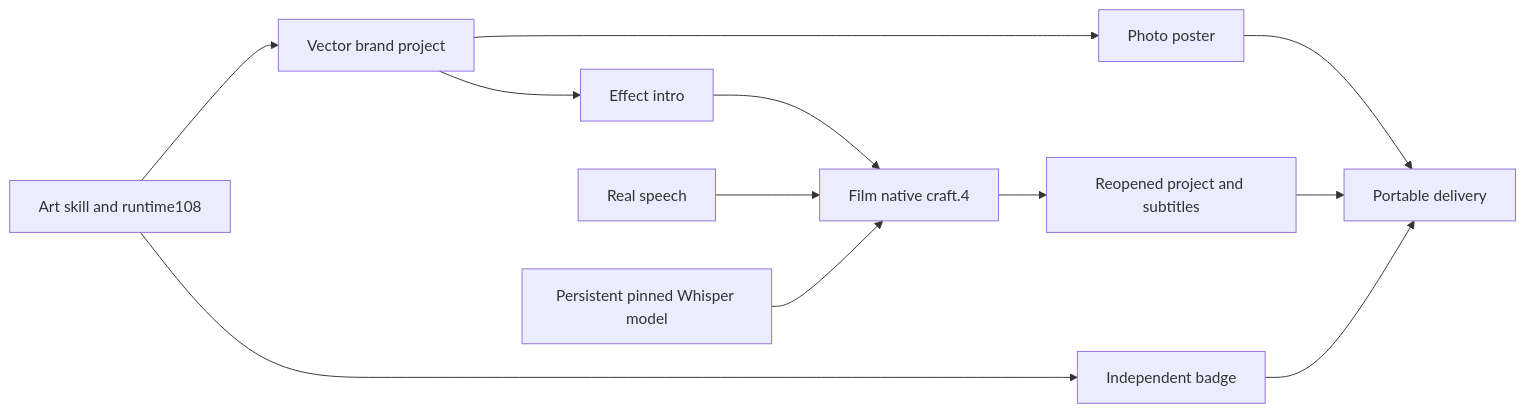
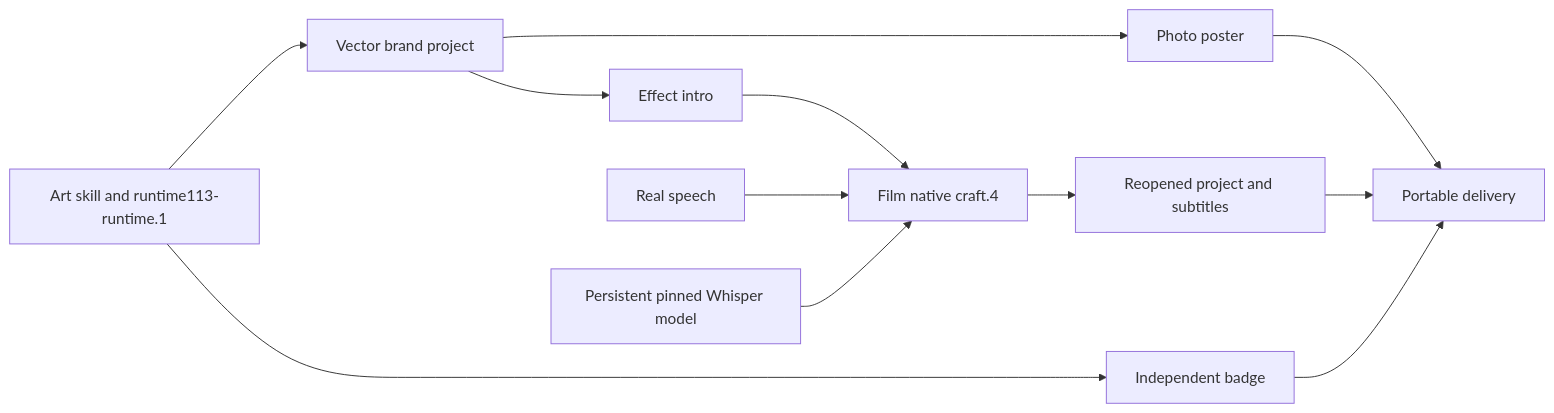
Before and after one commit to full-aigc-plugins/artcraft-plugin: the diagram in skills/artcraft-cli-assets/references/mixed-asr.md, drawn with Mermaid. The commit also changed other lines of this file and 48 other files, not shown here.

````diff
--- a/skills/artcraft-cli-assets/references/mixed-asr.md
+++ b/skills/artcraft-cli-assets/references/mixed-asr.md
@@ -18,14 +18,14 @@
 ```mermaid
 flowchart LR
-    Art[Art skill and runtime108] --> Logo[Vector brand project]
+    Art[Art skill and runtime113-runtime.1] --> Logo[Vector brand project]
     Logo --> Poster[Photo poster]
     Logo --> Intro[Effect intro]
     Intro --> Film[Film native craft.4]
     Voice[Real speech] --> Film
     Models[Persistent pinned Whisper model] --> Film
     Film --> Captions[Reopened project and subtitles]
     Art --> Badge[Independent badge]
     Poster --> Package[Portable delivery]
     Captions --> Package
     Badge --> Package
 ```
````
